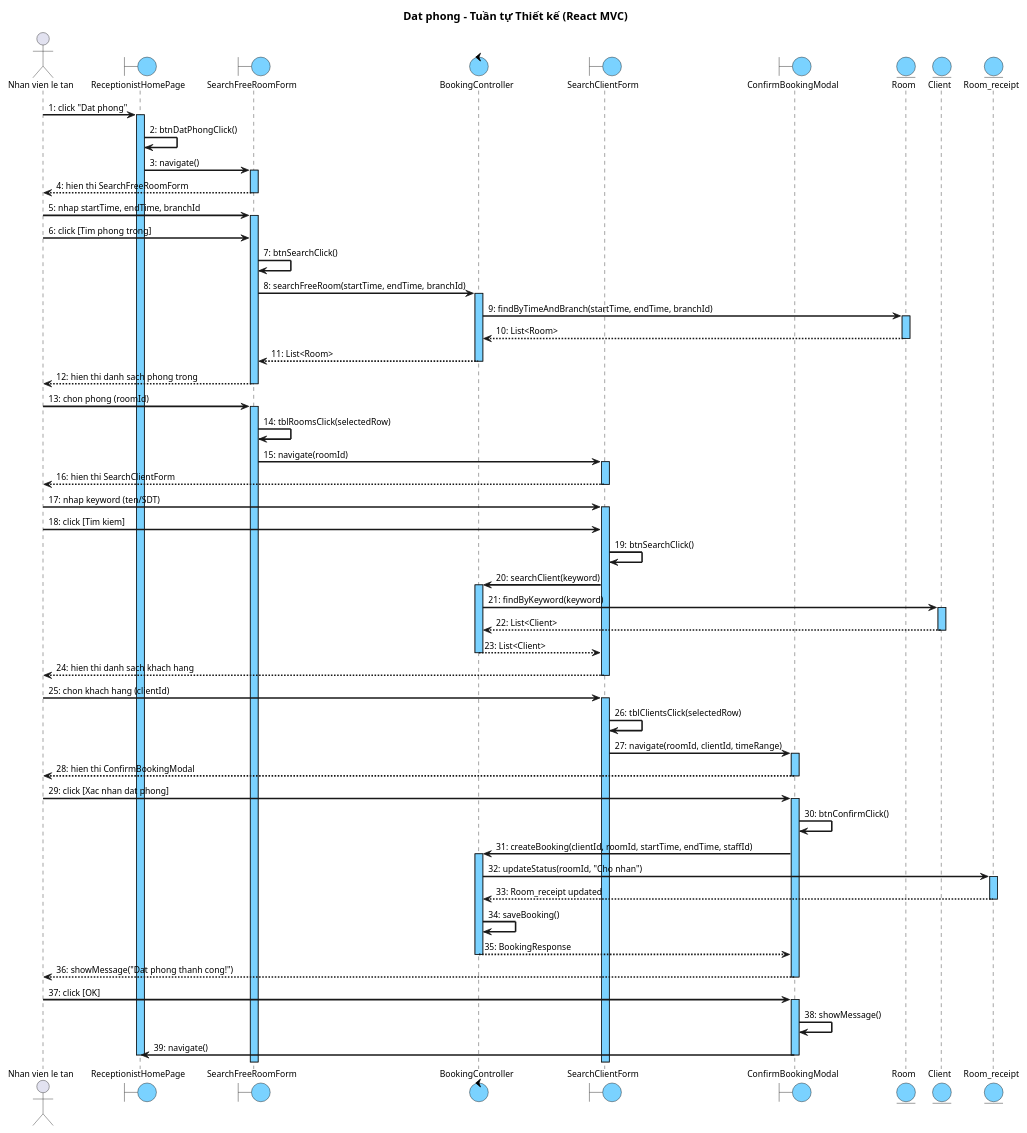
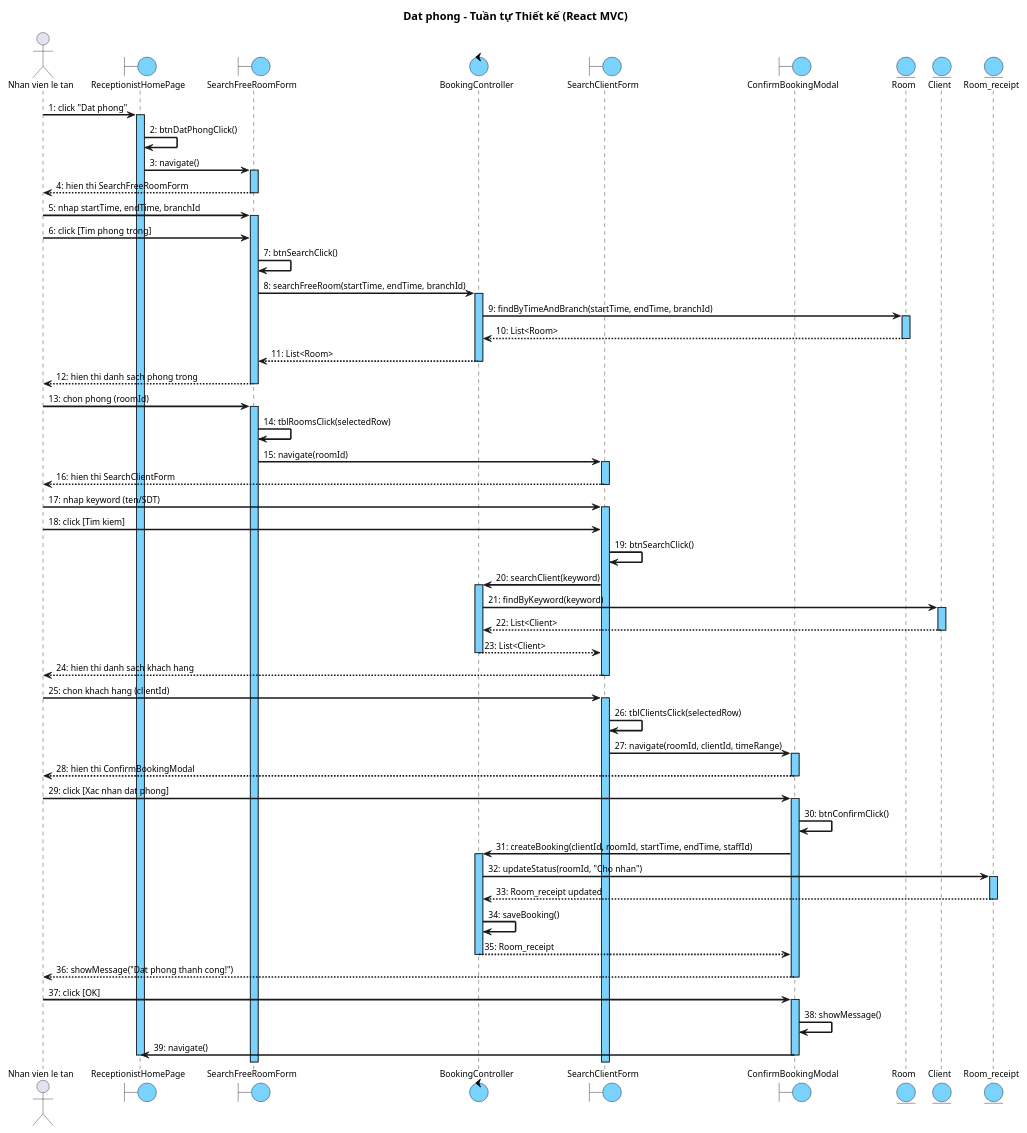
One commit to thanhtrnnn/cnpm changed the first of 4 diagrams in docs/tabs/section-booking-iii.4.md. Above: the diagram before and after it, drawn with PlantUML. The commit also changed other lines of this file and 2 other files, not shown here.

First line of the commit message:
fix: bookingId to room_receipt_ID, BookingResponse to Room_receipt

```diff
--- a/docs/tabs/section-booking-iii.4.md
+++ b/docs/tabs/section-booking-iii.4.md
@@ -99,7 +99,7 @@
 RR --> Ctrl : 33: Room_receipt updated
 deactivate RR
 Ctrl -> Ctrl : 34: saveBooking()
-Ctrl --> CBM : 35: BookingResponse
+Ctrl --> CBM : 35: Room_receipt
 deactivate Ctrl
 CBM --> NV : 36: showMessage("Dat phong thanh cong!")
 deactivate CBM
```
